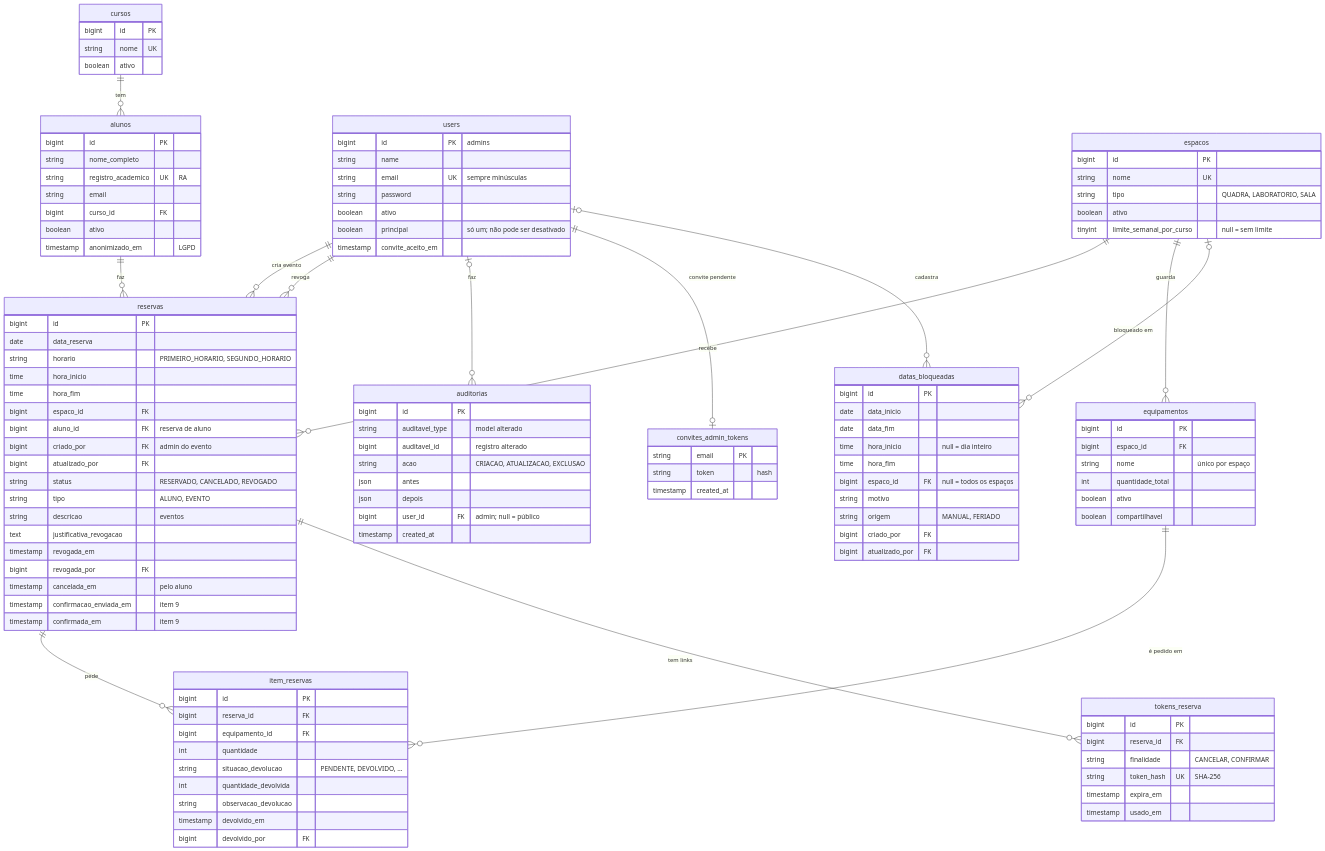
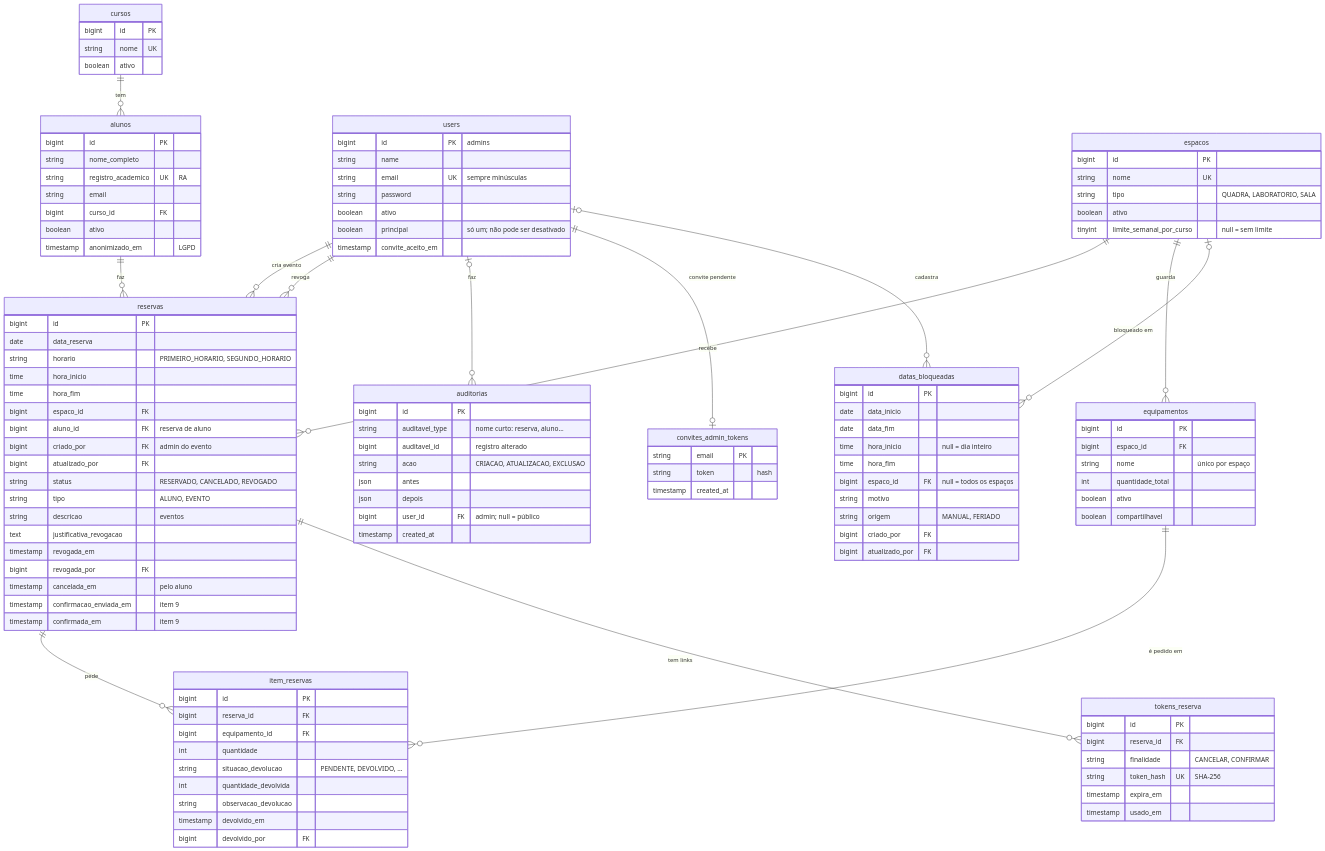
One commit to ericjunq/reserva-quadra changed the diagram in DATABASE.md. Above: the diagram before and after it, drawn with Mermaid. The commit also changed other lines of this file and 2 other files, not shown here.

```diff
--- a/DATABASE.md
+++ b/DATABASE.md
@@ -132,7 +132,7 @@
 
     auditorias {
         bigint id PK
-        string auditavel_type "model alterado"
+        string auditavel_type "nome curto: reserva, aluno..."
         bigint auditavel_id "registro alterado"
         string acao "CRIACAO, ATUALIZACAO, EXCLUSAO"
         json antes
```
